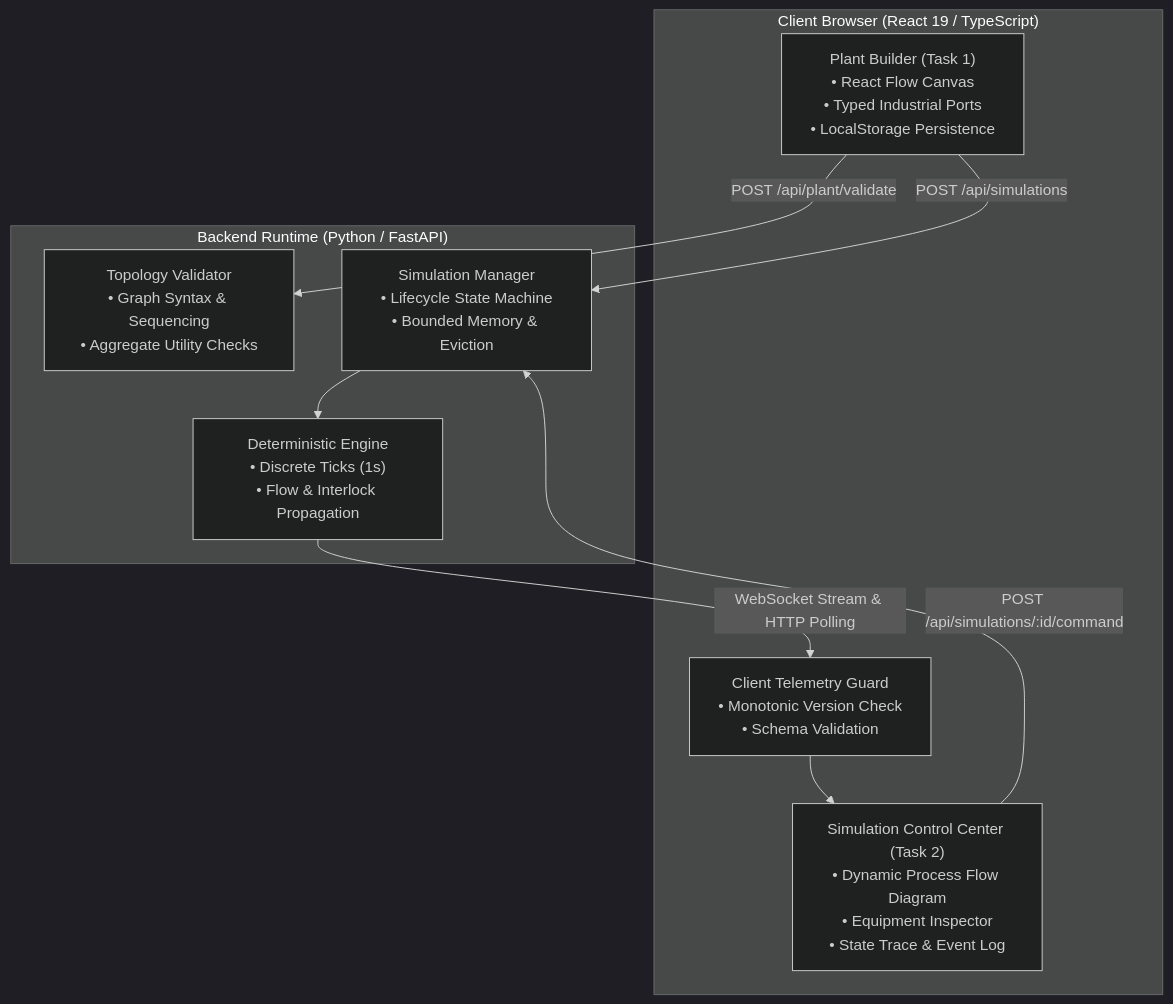
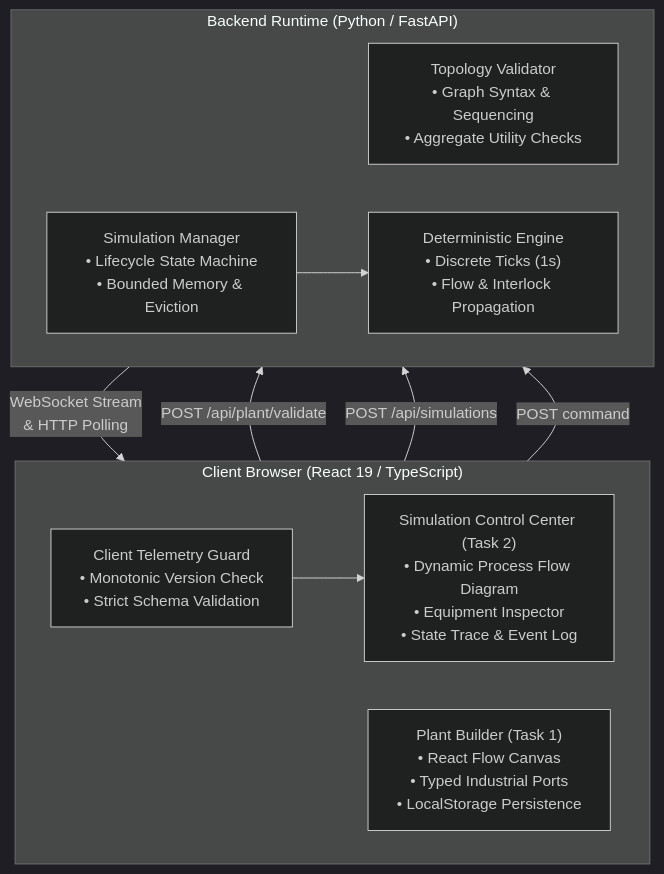
The diagram in getting-started/introduction.md (prabhasb06/steelsimdocumentation), drawn with Mermaid (dark theme) before and after one commit. The commit also changed 1 other file, not shown here.

Commit message:
fix(docs): resolve Mermaid layout overlap with clean 2-subgraph parallel alignment

```diff
--- a/getting-started/introduction.md
+++ b/getting-started/introduction.md
@@ -22,21 +22,23 @@
 <pre class="mermaid">
-graph TB
+flowchart TB
     subgraph Client ["Client Browser (React 19 / TypeScript)"]
+        direction LR
+        Guard["Client Telemetry Guard<br/>• Monotonic Version Check<br/>• Strict Schema Validation"]
         Builder["Plant Builder (Task 1)<br/>• React Flow Canvas<br/>• Typed Industrial Ports<br/>• LocalStorage Persistence"]
         ControlCenter["Simulation Control Center (Task 2)<br/>• Dynamic Process Flow Diagram<br/>• Equipment Inspector<br/>• State Trace & Event Log"]
-        Guard["Client Telemetry Guard<br/>• Monotonic Version Check<br/>• Schema Validation"]
     end
 
     subgraph Backend ["Backend Runtime (Python / FastAPI)"]
+        direction LR
         Validator["Topology Validator<br/>• Graph Syntax & Sequencing<br/>• Aggregate Utility Checks"]
         SimManager["Simulation Manager<br/>• Lifecycle State Machine<br/>• Bounded Memory & Eviction"]
         Engine["Deterministic Engine<br/>• Discrete Ticks (1s)<br/>• Flow & Interlock Propagation"]
     end
 
     Builder -->|POST /api/plant/validate| Validator
     Builder -->|POST /api/simulations| SimManager
-    ControlCenter -->|POST /api/simulations/:id/command| SimManager
+    ControlCenter -->|POST command| SimManager
     SimManager --> Engine
-    Engine -->|WebSocket Stream & HTTP Polling| Guard
+    Engine -->|WebSocket Stream<br/>& HTTP Polling| Guard
     Guard --> ControlCenter
 </pre>
```
